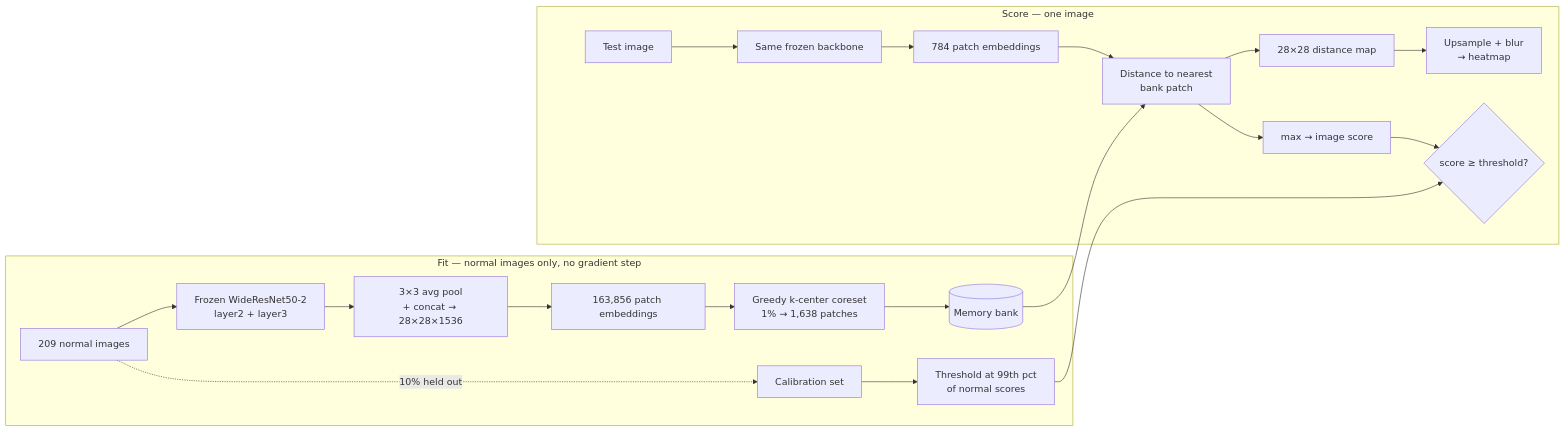
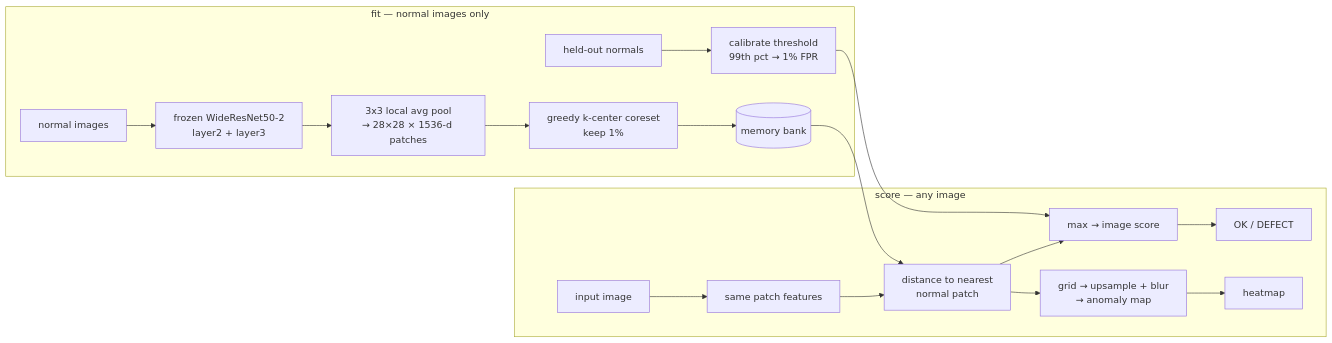
The diagram in README.md (aghasalim/explainable-defect-detector), drawn with Mermaid before and after one commit. The commit also changed other lines of this file and 1 other file, not shown here.

Commit message:
Milestone 6: full 15-category benchmark, hero figure, architecture diagram, complete README, MIT licence

````diff
--- a/README.md
+++ b/README.md
@@ -52,23 +29,20 @@
 ```mermaid
 flowchart LR
-    subgraph FIT["Fit — normal images only, no gradient step"]
-        A[209 normal images] --> B[Frozen WideResNet50-2<br/>layer2 + layer3]
-        B --> C[3×3 avg pool<br/>+ concat → 28×28×1536]
-        C --> D[163,856 patch embeddings]
-        D --> E[Greedy k-center coreset<br/>1% → 1,638 patches]
-        E --> F[(Memory bank)]
-        A -.10% held out.-> G[Calibration set]
-        G --> H[Threshold at 99th pct<br/>of normal scores]
+    subgraph FIT["fit — normal images only"]
+        A[normal images] --> B[frozen WideResNet50-2<br/>layer2 + layer3]
+        B --> C[3x3 local avg pool<br/>→ 28×28 × 1536-d patches]
+        C --> D[greedy k-center coreset<br/>keep 1%]
+        D --> E[(memory bank)]
+        A2[held-out normals] --> F[calibrate threshold<br/>99th pct → 1% FPR]
     end
-    subgraph SCORE["Score — one image"]
-        I[Test image] --> J[Same frozen backbone]
-        J --> K[784 patch embeddings]
-        K --> L[Distance to nearest<br/>bank patch]
-        F --> L
-        L --> M[28×28 distance map]
-        M --> N[Upsample + blur<br/>→ heatmap]
-        L --> O[max → image score]
-        H --> P{score ≥ threshold?}
-        O --> P
+    subgraph SCORE["score — any image"]
+        G[input image] --> H[same patch features]
+        H --> I[distance to nearest<br/>normal patch]
+        E --> I
+        I --> J[max → image score]
+        I --> K[grid → upsample + blur<br/>→ anomaly map]
+        F --> J
+        J --> L[OK / DEFECT]
+        K --> M[heatmap]
     end
 ```
````
